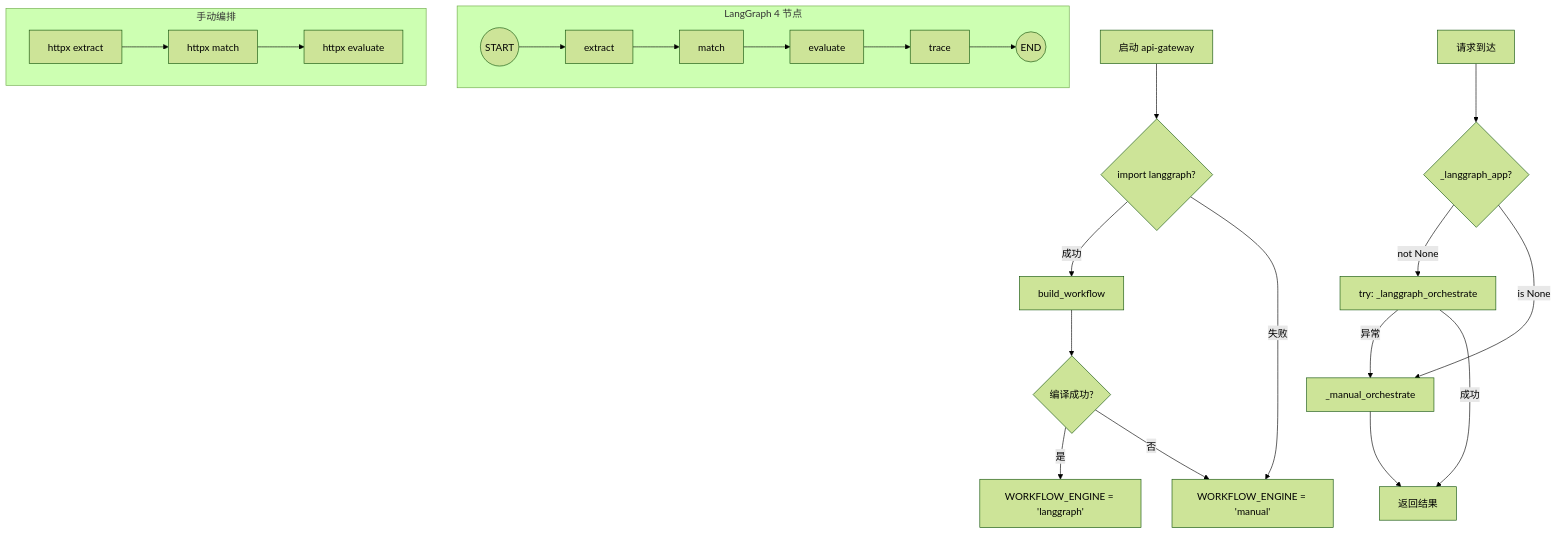
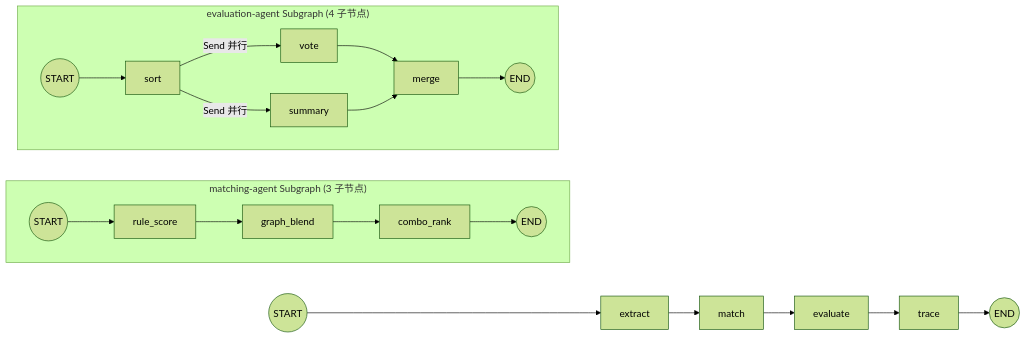
One commit to zbhzbhzbh11/architecture-assistant changed the seventh of 8 diagrams in docs/defense/02-15分钟架构设计专题讲稿.md. Above: the diagram before and after it, drawn with Mermaid (forest theme). The commit also changed other lines of this file and 89 other files, not shown here.

First line of the commit message:
feat: LLM-first需求分析 + 12维特征 + 非对称惩罚 + 子图模块化 + 前端改版

````diff
--- a/docs/defense/02-15分钟架构设计专题讲稿.md
+++ b/docs/defense/02-15分钟架构设计专题讲稿.md
@@ -805,26 +804,23 @@
 ```mermaid
-graph TD
-    Start[启动 api-gateway] --> TryImport{import langgraph?}
-    TryImport -->|成功| BuildWF[build_workflow]
-    TryImport -->|失败| Manual[WORKFLOW_ENGINE = 'manual']
-    BuildWF --> CompileOK{编译成功?}
-    CompileOK -->|是| LangGraph[WORKFLOW_ENGINE = 'langgraph']
-    CompileOK -->|否| Manual
+graph LR
+    S((START)) --> extract
+    extract --> match
+    match --> evaluate
+    evaluate --> trace
+    trace --> E((END))
 
-    Request[请求到达] --> CheckEngine{_langgraph_app?}
-    CheckEngine -->|not None| LGTry[try: _langgraph_orchestrate]
-    CheckEngine -->|is None| ManualExec[_manual_orchestrate]
-    LGTry -->|异常| ManualExec
-    LGTry -->|成功| Response[返回结果]
-    ManualExec --> Response
-
-    subgraph "LangGraph 4 节点"
+    subgraph "matching-agent Subgraph (3 子节点)"
         direction LR
-        S((START)) --> extract --> match --> evaluate --> trace --> E((END))
+        MS((START)) --> rule_score --> graph_blend --> combo_rank --> ME((END))
     end
 
-    subgraph "手动编排"
+    subgraph "evaluation-agent Subgraph (4 子节点)"
         direction LR
-        MS[httpx extract] --> MM[httpx match] --> ME[httpx evaluate]
+        ES((START)) --> sort
+        sort -->|Send 并行| vote
+        sort -->|Send 并行| summary
+        vote --> merge
+        summary --> merge
+        merge --> EE((END))
     end
 ```
````
